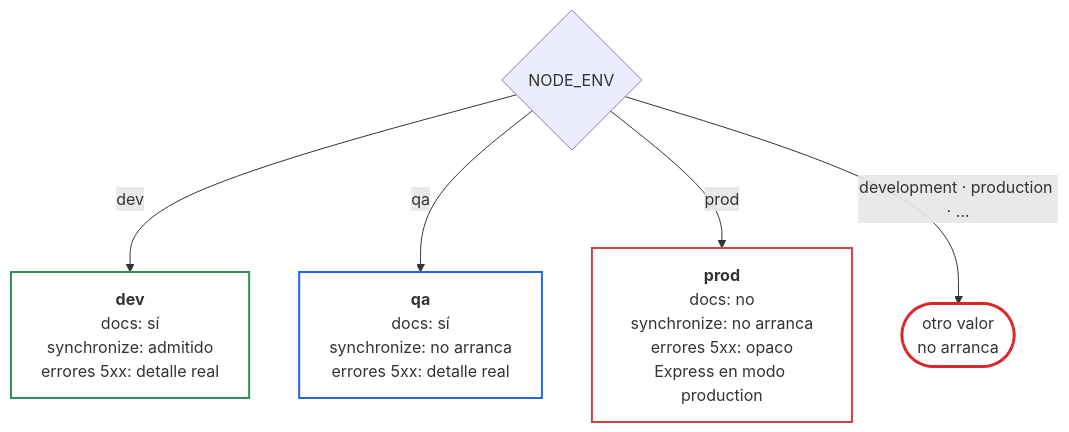
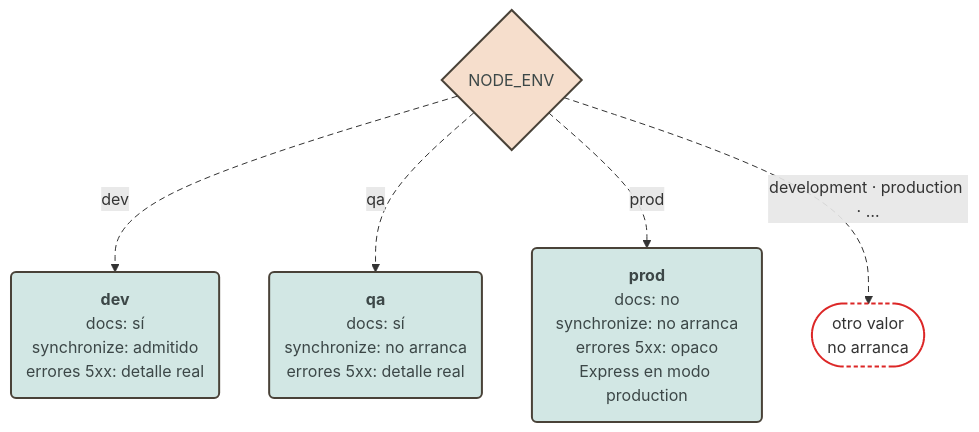
One commit to pcarroza91/nest-template changed the tenth of 19 diagrams in docs/architecture.md. Above: the diagram before and after it, drawn with Mermaid. The commit also changed other lines of this file and 2 other files, not shown here.

First line of the commit message:
docs(architecture): aplica el estilo pastel por rol a los diagramas Mermaid

````diff
--- a/docs/architecture.md
+++ b/docs/architecture.md
@@ -435,22 +416,21 @@
 ```mermaid
 flowchart TB
     ENVQ{"NODE_ENV"}
-    DEV["<b>dev</b><br/>docs: sí<br/>synchronize: admitido<br/>errores 5xx: detalle real"]
-    QA["<b>qa</b><br/>docs: sí<br/>synchronize: no arranca<br/>errores 5xx: detalle real"]
-    PROD["<b>prod</b><br/>docs: no<br/>synchronize: no arranca<br/>errores 5xx: opaco<br/>Express en modo production"]
+    DEV("<b>dev</b><br/>docs: sí<br/>synchronize: admitido<br/>errores 5xx: detalle real")
+    QA("<b>qa</b><br/>docs: sí<br/>synchronize: no arranca<br/>errores 5xx: detalle real")
+    PROD("<b>prod</b><br/>docs: no<br/>synchronize: no arranca<br/>errores 5xx: opaco<br/>Express en modo production")
     OTHER(["otro valor<br/>no arranca"])
 
     ENVQ -- "dev" --> DEV
     ENVQ -- "qa" --> QA
     ENVQ -- "prod" --> PROD
     ENVQ -- "development · production · …" --> OTHER
 
-    classDef feature fill:transparent,stroke:#2563eb,stroke-width:2px
-    classDef shared fill:transparent,stroke:#2f9254,stroke-width:2px
-    classDef core fill:transparent,stroke:#d14343,stroke-width:2px
-    classDef bad fill:transparent,stroke:#dc2626,stroke-width:3px
-    class DEV shared
-    class QA feature
-    class PROD core
+    classDef shared fill:#d2e7e4,stroke:#494238,stroke-width:2px,color:#3c4747
+    classDef bad fill:transparent,stroke:#dc2626,stroke-width:2px,stroke-dasharray:4 3
+    class DEV,QA,PROD shared
     class OTHER bad
+    classDef decision fill:#f6decc,stroke:#494238,stroke-width:2px,color:#3c4747
+    class ENVQ decision
+    linkStyle default stroke-dasharray:6 4
 ```
````
